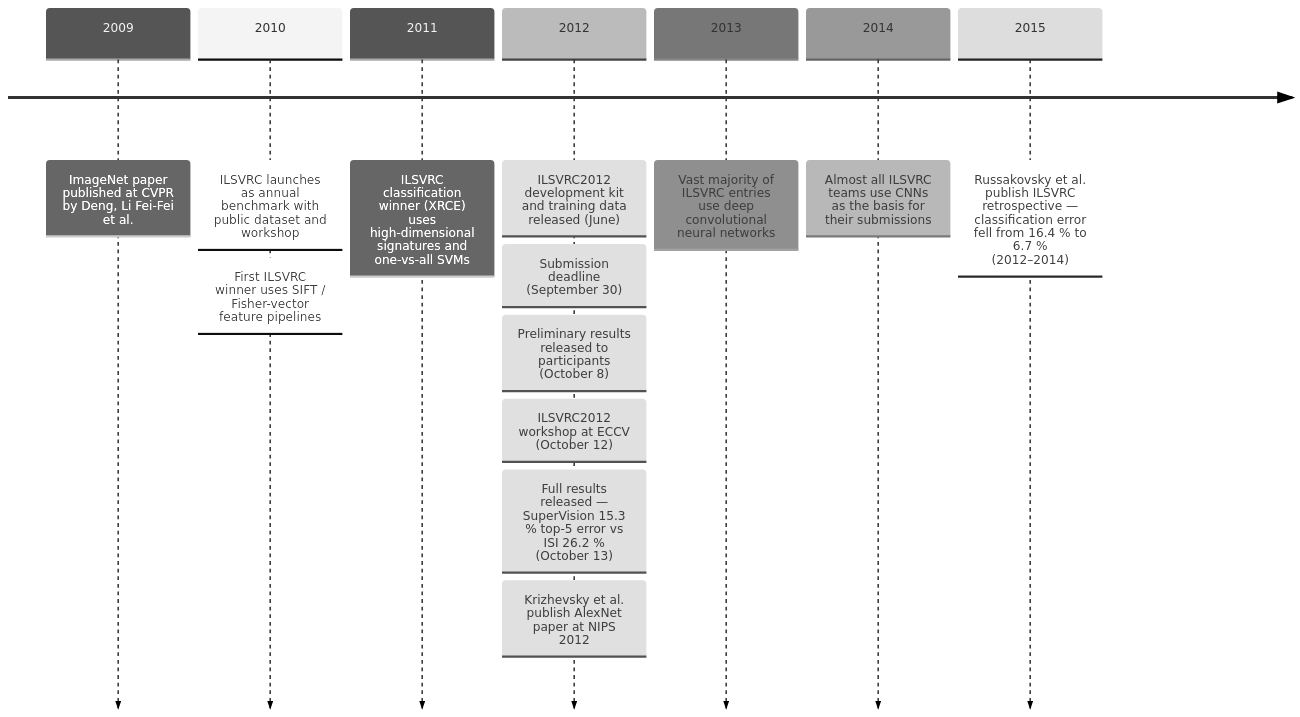
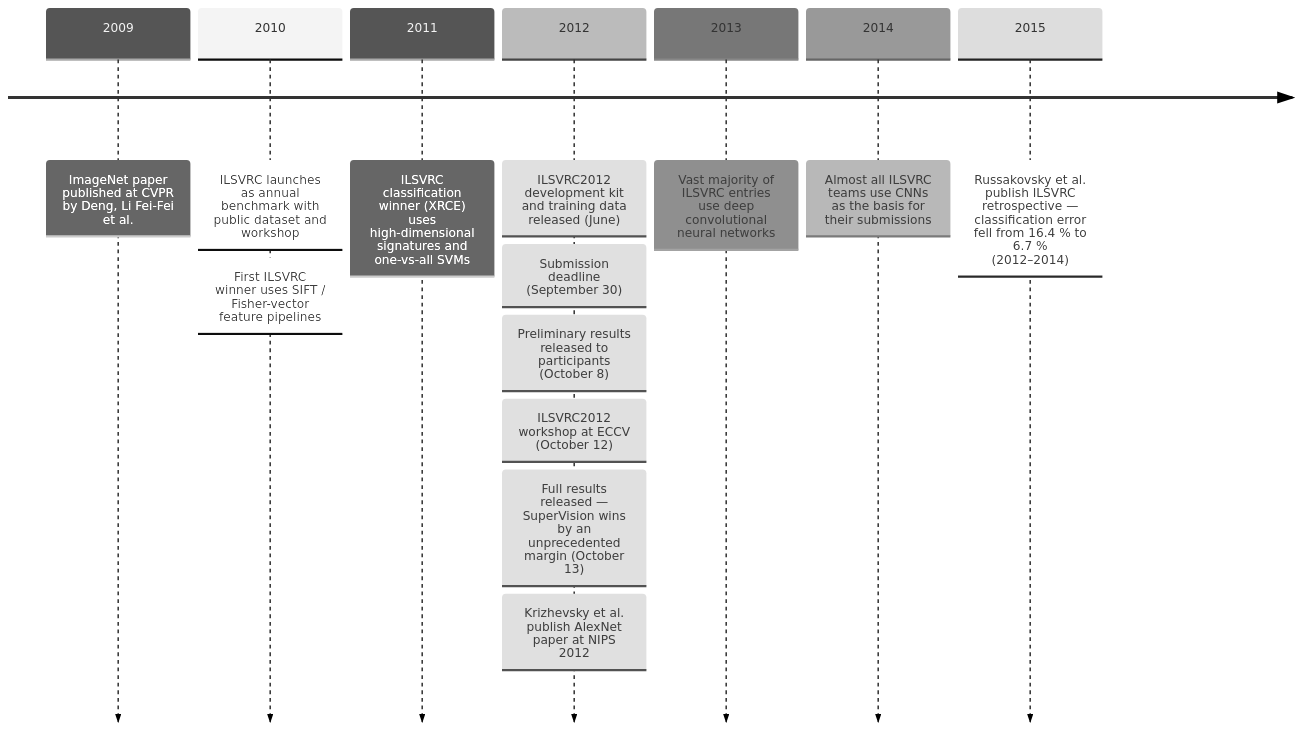
One commit to krisztiankoos/kubedojo changed the diagram in src/content/docs/ai-history/ch-43-the-imagenet-smash.md. Above: the diagram before and after it, drawn with Mermaid (neutral theme). The commit also changed other lines of this file and 2 other files, not shown here.

````diff
--- a/src/content/docs/ai-history/ch-43-the-imagenet-smash.md
+++ b/src/content/docs/ai-history/ch-43-the-imagenet-smash.md
@@ -29,16 +29,16 @@
 ```mermaid
 timeline
   2009 : ImageNet paper published at CVPR by Deng, Li Fei-Fei et al.
   2010 : ILSVRC launches as annual benchmark with public dataset and workshop
        : First ILSVRC winner uses SIFT / Fisher-vector feature pipelines
   2011 : ILSVRC classification winner (XRCE) uses high-dimensional signatures and one-vs-all SVMs
   2012 : ILSVRC2012 development kit and training data released (June)
        : Submission deadline (September 30)
        : Preliminary results released to participants (October 8)
        : ILSVRC2012 workshop at ECCV (October 12)
-       : Full results released — SuperVision 15.3 % top-5 error vs ISI 26.2 % (October 13)
+       : Full results released — SuperVision wins by an unprecedented margin (October 13)
        : Krizhevsky et al. publish AlexNet paper at NIPS 2012
   2013 : Vast majority of ILSVRC entries use deep convolutional neural networks
   2014 : Almost all ILSVRC teams use CNNs as the basis for their submissions
   2015 : Russakovsky et al. publish ILSVRC retrospective — classification error fell from 16.4 % to 6.7 % (2012–2014)
 ```
````
